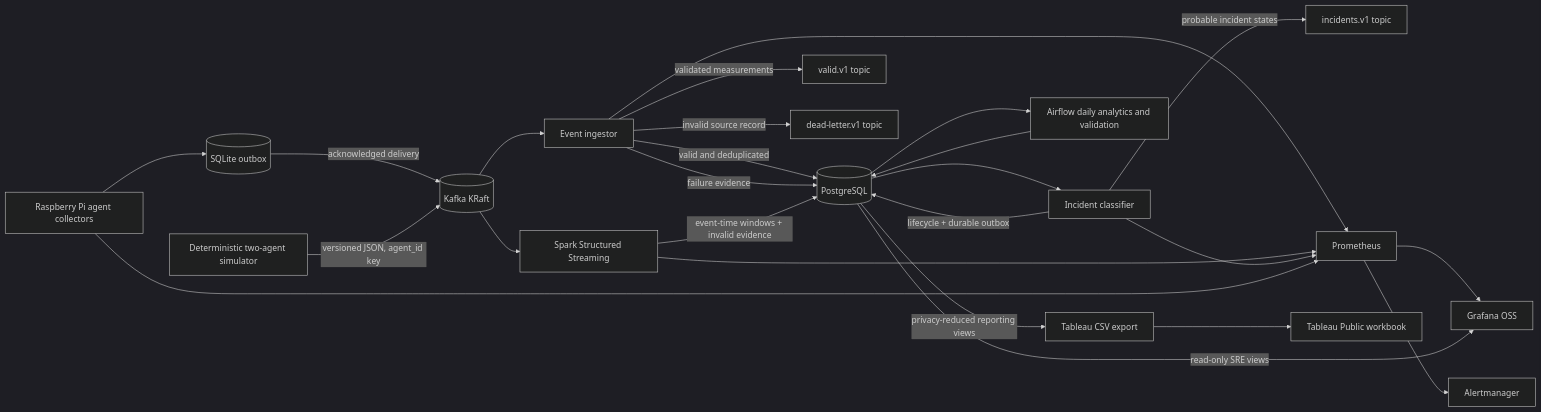
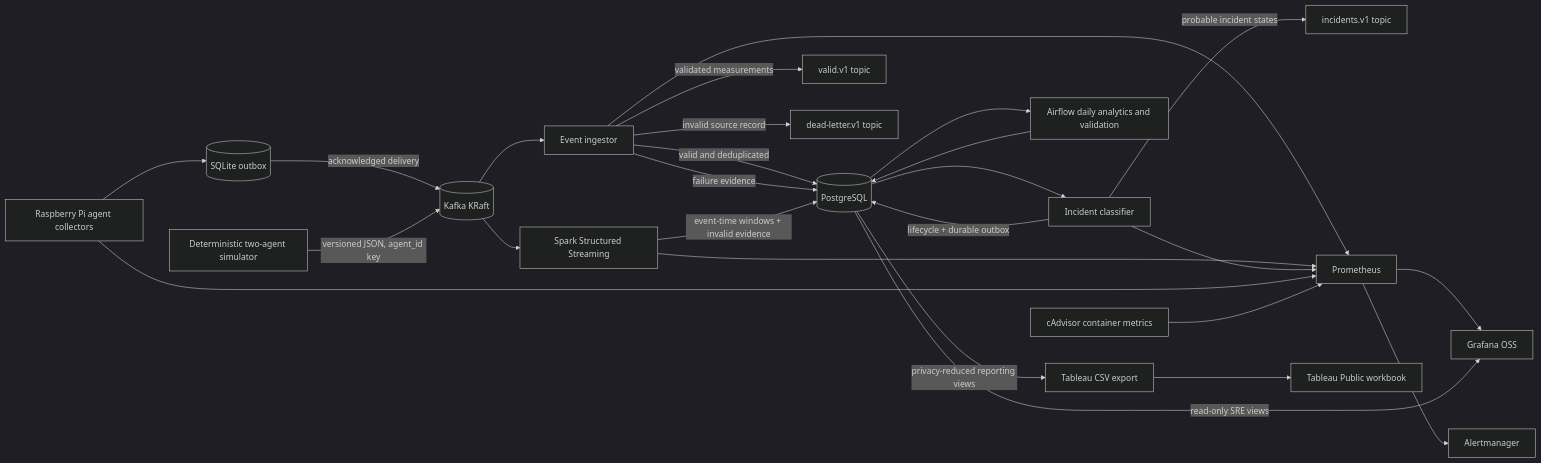
Before and after one commit to Jerry-Padilla/local-network-kafka-monitoring: the diagram in README.md, drawn with Mermaid (dark theme). The commit also changed other lines of this file and 13 other files, not shown here.

````diff
--- a/README.md
+++ b/README.md
@@ -12,27 +12,28 @@
 ```mermaid
 flowchart LR
     A[Raspberry Pi agent collectors] --> O[(SQLite outbox)]
     O -->|acknowledged delivery| K[(Kafka KRaft)]
     S[Deterministic two-agent simulator] -->|versioned JSON, agent_id key| K[(Kafka KRaft)]
     K --> C[Event ingestor]
     K --> T[Spark Structured Streaming]
     P --> I[Incident classifier]
     C -->|valid and deduplicated| P[(PostgreSQL)]
     C -->|validated measurements| V[valid.v1 topic]
     C -->|invalid source record| D[dead-letter.v1 topic]
     C -->|failure evidence| P
     T -->|event-time windows + invalid evidence| P
     I -->|lifecycle + durable outbox| P
     I -->|probable incident states| N[incidents.v1 topic]
     P --> AF[Airflow daily analytics and validation]
     AF --> P
     C --> M[Prometheus]
     T --> M
     I --> M
     A --> M
+    CA[cAdvisor container metrics] --> M
     M --> G[Grafana OSS]
     P -->|read-only SRE views| G
     P -->|privacy-reduced reporting views| E[Tableau CSV export]
     E --> TB[Tableau Public workbook]
     M --> L[Alertmanager]
 ```
````
